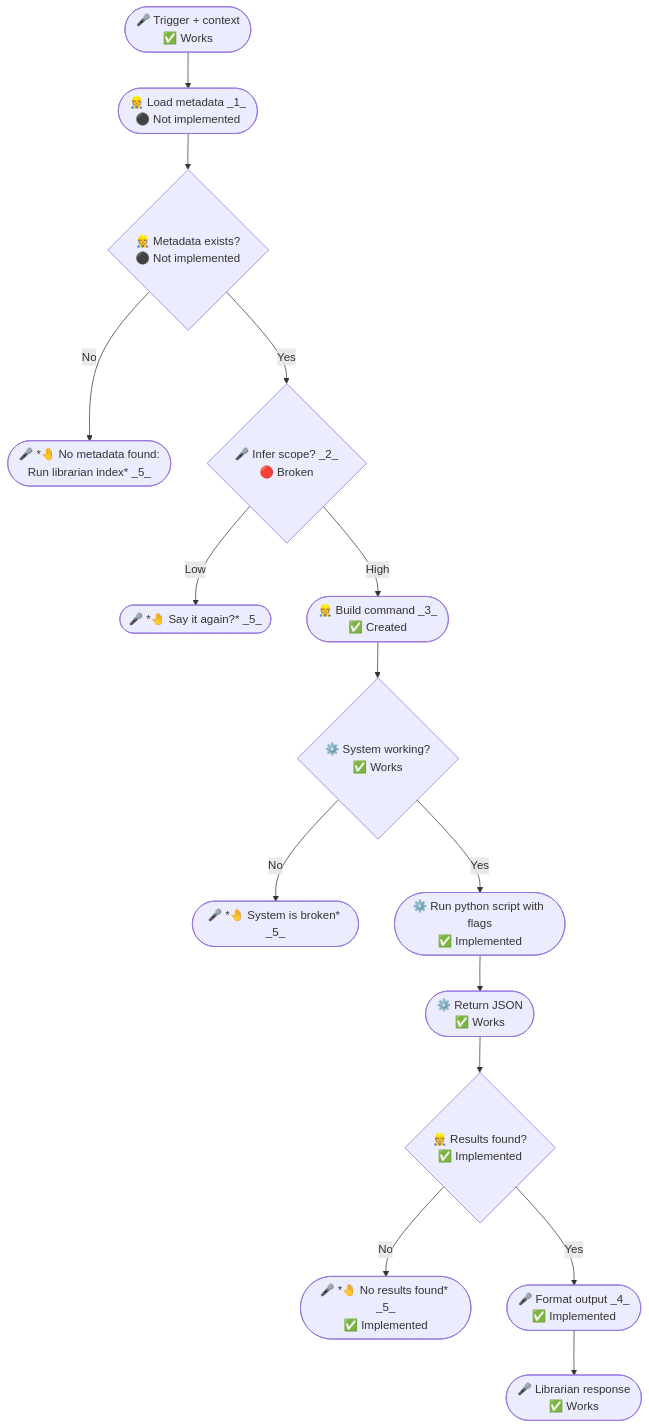
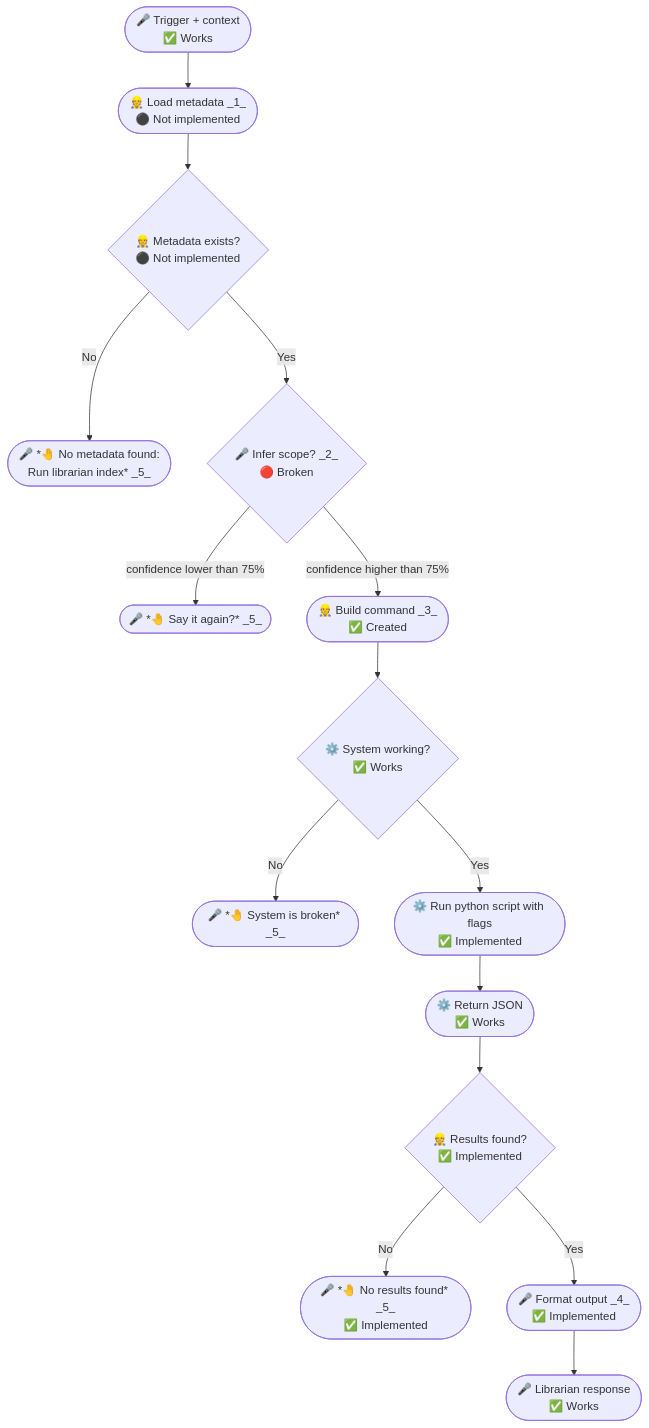
One commit to nonlinear/librarian changed the first of 2 diagrams in backstage/epic-notes/v0.15.0-skill-protocol.md. Above: the diagram before and after it, drawn with Mermaid.

Commit message:
contract: Restore full descriptive labels (confidence thresholds needed)

````diff
--- a/backstage/epic-notes/v0.15.0-skill-protocol.md
+++ b/backstage/epic-notes/v0.15.0-skill-protocol.md
@@ -3,25 +3,25 @@
 ```mermaid
 flowchart TB
     TRIGGER(["🎤 Trigger + context<br/>✅ Works"])
     TRIGGER --> METADATA(["👷 Load metadata _1_<br/>⚫ Not implemented"])
     METADATA --> CHECK{"👷 Metadata exists?<br/>⚫ Not implemented"}
     
     CHECK -->|No| ERROR(["🎤 *🤚 No metadata found:<br>Run librarian index* _5_"])
     CHECK -->|Yes| INFER{"🎤 Infer scope? _2_<br/>🔴 Broken"}
     
-    INFER -->|Low| CLARIFY(["🎤 *🤚 Say it again?* _5_"])
-    INFER -->|High| BUILD(["👷 Build command _3_<br/>✅ Created"])
+    INFER -->|confidence lower than 75%| CLARIFY(["🎤 *🤚 Say it again?* _5_"])
+    INFER -->|confidence higher than 75%| BUILD(["👷 Build command _3_<br/>✅ Created"])
     
     BUILD --> CHECK_SYSTEM{"⚙️ System working?<br/>✅ Works"}
     
     CHECK_SYSTEM -->|No| BROKEN(["🎤 *🤚 System is broken* _5_"])
     CHECK_SYSTEM -->|Yes| EXEC(["⚙️ Run python script with flags<br/>✅ Implemented"])
     
     EXEC --> JSON(["⚙️ Return JSON<br/>✅ Works"])
     JSON --> CHECK_RESULTS{"👷 Results found?<br/>✅ Implemented"}
     
     CHECK_RESULTS -->|No| EMPTY(["🎤 *🤚 No results found* _5_<br/>✅ Implemented"])
     CHECK_RESULTS -->|Yes| FORMAT(["🎤 Format output _4_<br/>✅ Implemented"])
     
     FORMAT --> RESPONSE(["🎤 Librarian response<br/>✅ Works"])
 ```
````
